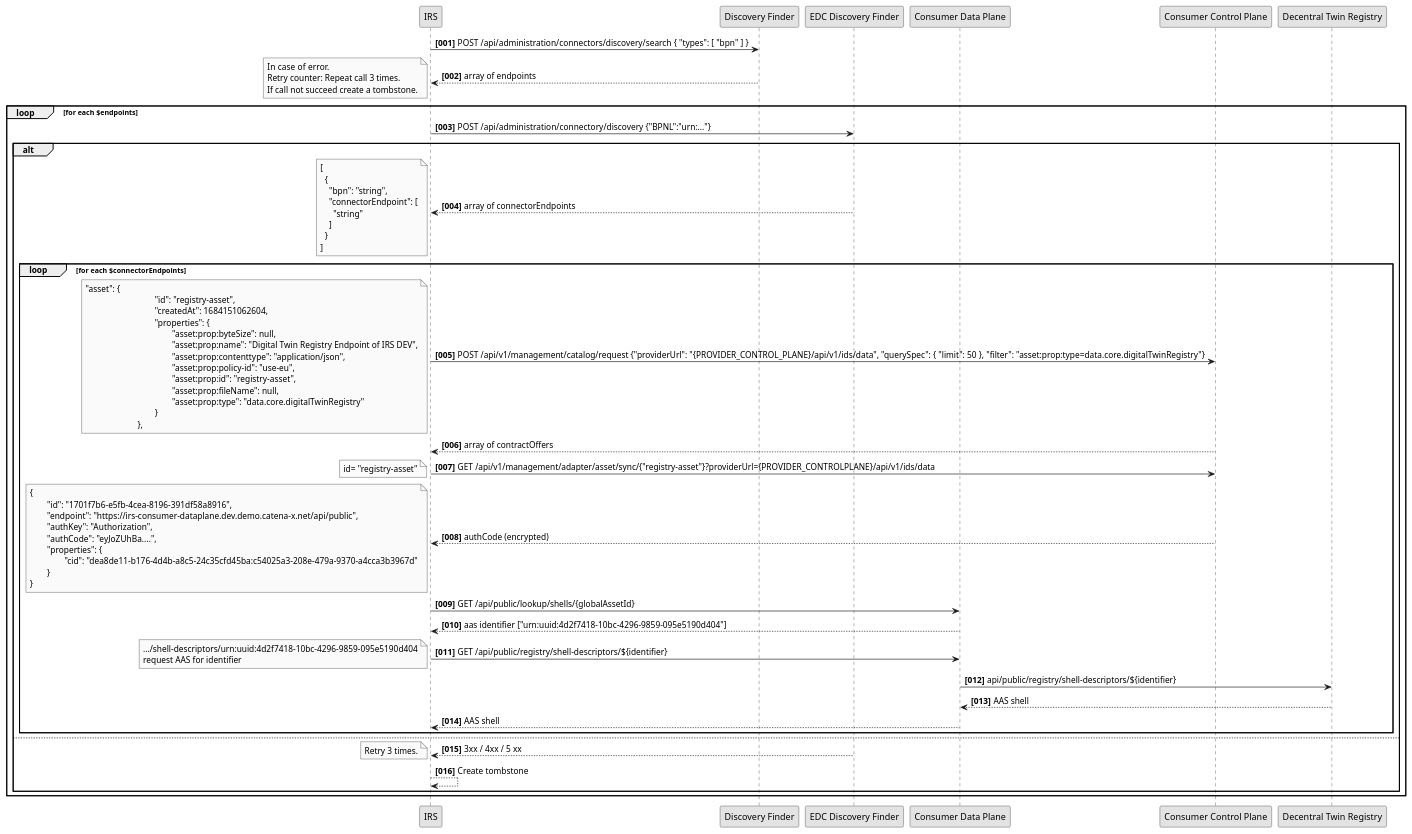
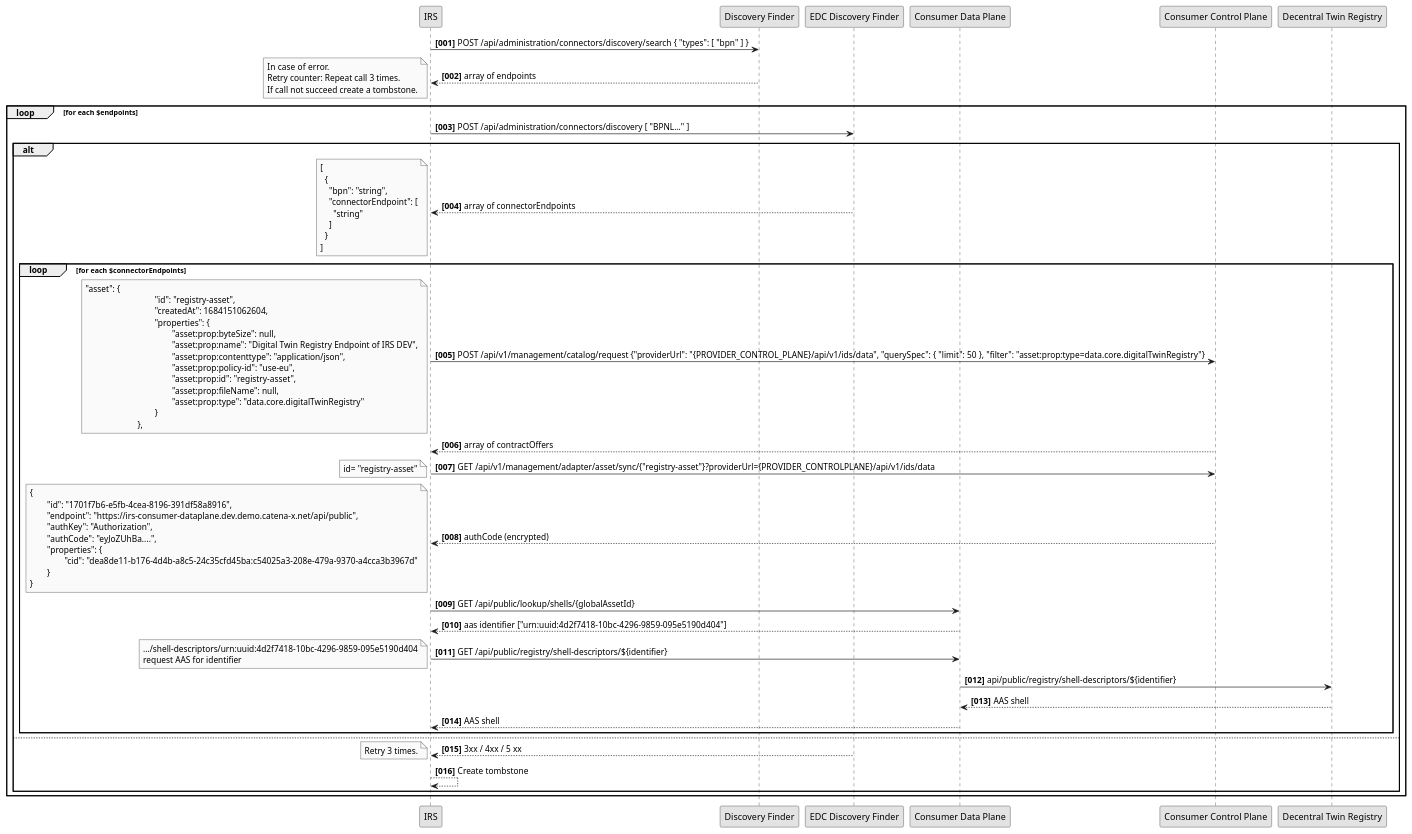
Before and after one commit to eclipse-tractusx/item-relationship-service: the diagram in uml-diagrams/decentral-twin-registry/decentral-digital-registry.puml, drawn with PlantUML.

```diff
--- a/uml-diagrams/decentral-twin-registry/decentral-digital-registry.puml
+++ b/uml-diagrams/decentral-twin-registry/decentral-digital-registry.puml
@@ -1,99 +1,99 @@
 @startuml
 skinparam monochrome true
 skinparam shadowing false
 
 
 autonumber "<b>[000]"
 
 participant "IRS" as IRS
 participant "Discovery Finder" as DCF
 participant "EDC Discovery Finder" as EDCDF
 participant "Consumer Data Plane" as CONSUMER_DATA_PLANE
 participant "Consumer Control Plane" as CONSUMER_CONTROLPLANE
 participant "Decentral Twin Registry" as DTR
 
 IRS -> DCF: POST /api/administration/connectors/discovery/search { "types": [ "bpn" ] }
 IRS <-- DCF: array of endpoints
 note left
     In case of error.
     Retry counter: Repeat call 3 times.
     If call not succeed create a tombstone.
 end note
 loop for each $endpoints
-    IRS -> EDCDF : POST /api/administration/connectory/discovery {"BPNL":"urn:..."}
+    IRS -> EDCDF : POST /api/administration/connectors/discovery [ "BPNL..." ]
     alt
          IRS <-- EDCDF : array of connectorEndpoints
          note left
                  [
                    {
                      "bpn": "string",
                      "connectorEndpoint": [
                        "string"
                      ]
                    }
                  ]
          end note
          loop for each $connectorEndpoints
              IRS -> CONSUMER_CONTROLPLANE: POST /api/v1/management/catalog/request {"providerUrl": "{PROVIDER_CONTROL_PLANE}/api/v1/ids/data", "querySpec": { "limit": 50 }, "filter": "asset:prop:type=data.core.digitalTwinRegistry"}
              note left
                 "asset": {
                 				"id": "registry-asset",
                 				"createdAt": 1684151062604,
                 				"properties": {
                 					"asset:prop:byteSize": null,
                 					"asset:prop:name": "Digital Twin Registry Endpoint of IRS DEV",
                 					"asset:prop:contenttype": "application/json",
                 					"asset:prop:policy-id": "use-eu",
                 					"asset:prop:id": "registry-asset",
                 					"asset:prop:fileName": null,
                 					"asset:prop:type": "data.core.digitalTwinRegistry"
                 				}
                 			},
              end note
              IRS <-- CONSUMER_CONTROLPLANE: array of contractOffers
 
              IRS -> CONSUMER_CONTROLPLANE: GET /api/v1/management/adapter/asset/sync/{"registry-asset"}?providerUrl={PROVIDER_CONTROLPLANE}/api/v1/ids/data
              note left
                 id= "registry-asset"
              end note
              IRS <-- CONSUMER_CONTROLPLANE: authCode (encrypted)
              note left
                  {
                  	"id": "1701f7b6-e5fb-4cea-8196-391df58a8916",
                  	"endpoint": "https://irs-consumer-dataplane.dev.demo.catena-x.net/api/public",
                  	"authKey": "Authorization",
                  	"authCode": "eyJoZUhBa....",
                  	"properties": {
                  		"cid": "dea8de11-b176-4d4b-a8c5-24c35cfd45ba:c54025a3-208e-479a-9370-a4cca3b3967d"
                  	}
                  }
              end note
              IRS -> CONSUMER_DATA_PLANE: GET /api/public/lookup/shells/{globalAssetId}
              IRS <-- CONSUMER_DATA_PLANE: aas identifier ["urn:uuid:4d2f7418-10bc-4296-9859-095e5190d404"]
 
              IRS -> CONSUMER_DATA_PLANE : GET /api/public/registry/shell-descriptors/${identifier}
              note left
                   .../shell-descriptors/urn:uuid:4d2f7418-10bc-4296-9859-095e5190d404
                   request AAS for identifier
              end note
              CONSUMER_DATA_PLANE -> DTR : api/public/registry/shell-descriptors/${identifier}
              CONSUMER_DATA_PLANE <-- DTR: AAS shell
              IRS <-- CONSUMER_DATA_PLANE: AAS shell
          end loop
     else
           IRS <-- EDCDF : 3xx / 4xx / 5 xx
           note left
                 Retry 3 times.
           end note
           IRS --> IRS : Create tombstone
     end alt
 
 
 end loop
 
 
 
 
 
 
 @enduml
```
